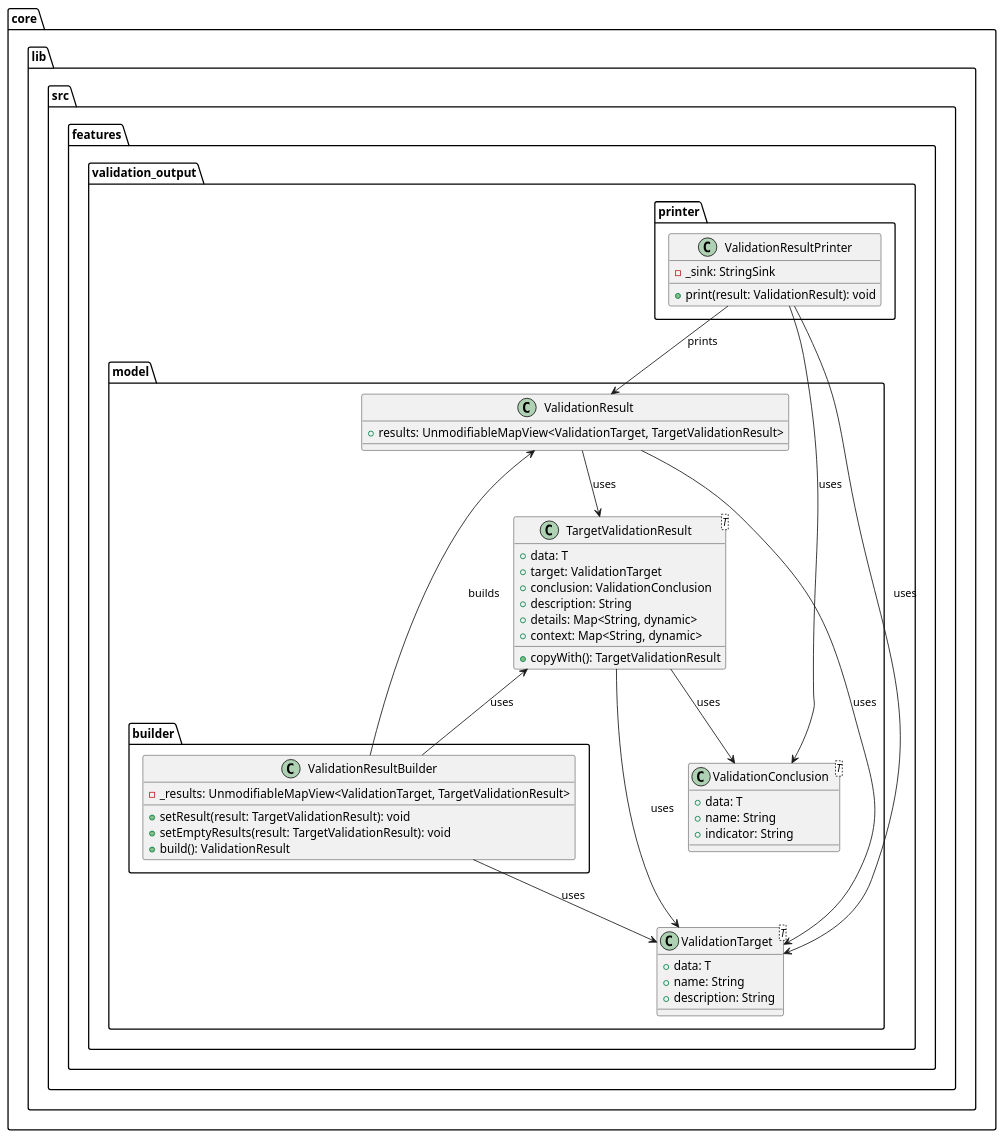
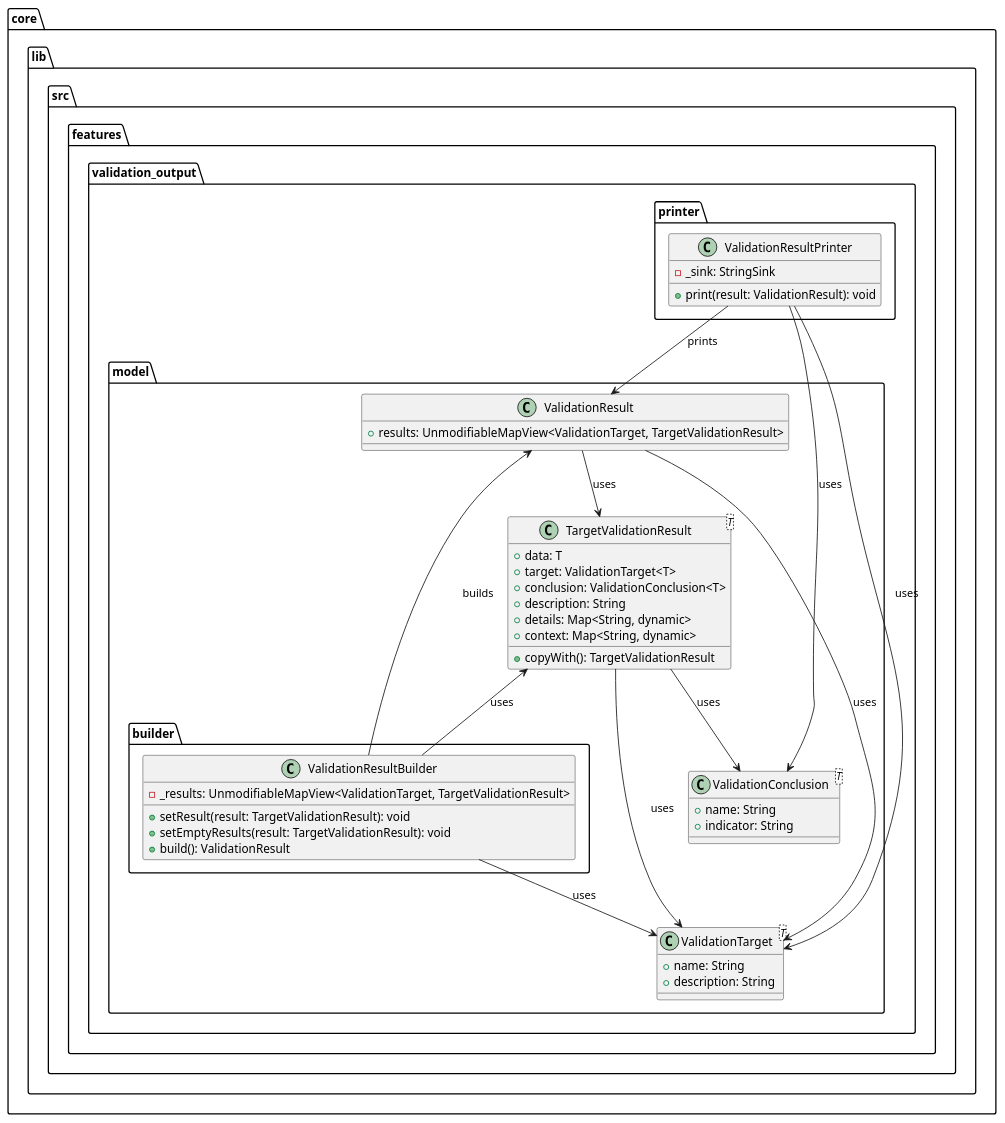
Before and after one commit to Flank/flank-dashboard: the diagram in metrics/cli/docs/features/doctor_output_improvements/diagrams/validation_class_diagram.puml, drawn with PlantUML. The commit also changed 5 other files, not shown here.

```diff
--- a/metrics/cli/docs/features/doctor_output_improvements/diagrams/validation_class_diagram.puml
+++ b/metrics/cli/docs/features/doctor_output_improvements/diagrams/validation_class_diagram.puml
@@ -1,66 +1,64 @@
 @startuml validation_output_class_diagram
 
 package core.lib.src.features.validation_output {
     package model {
         package builder {
             class ValidationResultBuilder {
                 - _results: UnmodifiableMapView<ValidationTarget, TargetValidationResult>
 
                 + setResult(result: TargetValidationResult): void
                 + setEmptyResults(result: TargetValidationResult): void
                 + build(): ValidationResult
             }
         }
 
         class ValidationTarget<T> {
-            + data: T
             + name: String
             + description: String
         }
 
         class ValidationConclusion<T> {
-            + data: T
             + name: String
             + indicator: String
         }
 
         class TargetValidationResult<T> {
             + data: T
-            + target: ValidationTarget
-            + conclusion: ValidationConclusion
+            + target: ValidationTarget<T>
+            + conclusion: ValidationConclusion<T>
             + description: String
             + details: Map<String, dynamic>
             + context: Map<String, dynamic>
 
             + copyWith(): TargetValidationResult
         }
 
         class ValidationResult{
             + results: UnmodifiableMapView<ValidationTarget, TargetValidationResult>
         }
     }
 
     package printer {
         class ValidationResultPrinter{
             - _sink: StringSink
 
             + print(result: ValidationResult): void
         }
     }
 }
 
 TargetValidationResult --> ValidationTarget : uses
 TargetValidationResult --> ValidationConclusion : uses
 
 ValidationResult --> TargetValidationResult : uses
 ValidationResult --> ValidationTarget : uses
 
 ValidationResultBuilder -up-> ValidationResult : builds
 ValidationResultBuilder --> ValidationTarget : uses
 ValidationResultBuilder -up-> TargetValidationResult : uses
 
 ValidationResultPrinter --> ValidationConclusion : uses
 ValidationResultPrinter --> ValidationTarget : uses
 ValidationResultPrinter --> ValidationResult : prints
 
 @enduml
```
